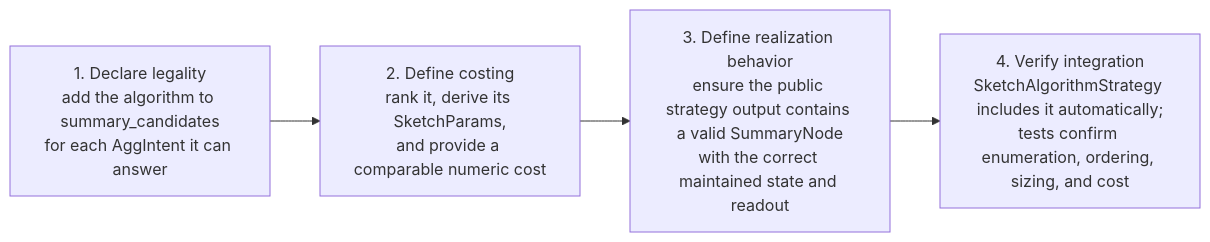
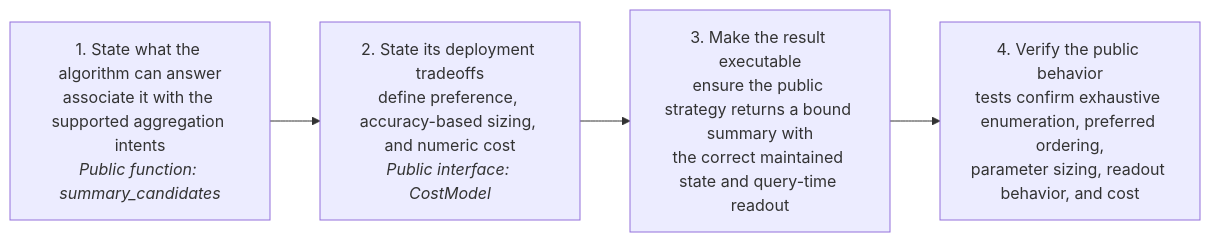
The sixth of 6 diagrams in docs/developer_docs/ASAP-aware-mapping-developer-guide.md (ProjectASAP/ASAPPlanner), drawn with Mermaid before and after one commit. The commit also changed other lines of this file, not shown here.

Commit message:
docs(asap-aware-mapping): make flowcharts public and conceptual

````diff
--- a/docs/developer_docs/ASAP-aware-mapping-developer-guide.md
+++ b/docs/developer_docs/ASAP-aware-mapping-developer-guide.md
@@ -1220,7 +1214,7 @@
 ```mermaid
 flowchart LR
-  MAP["1. Declare legality<br/>add the algorithm to summary_candidates<br/>for each AggIntent it can answer"]
-  MAP --> MODEL["2. Define costing<br/>rank it, derive its SketchParams,<br/>and provide a comparable numeric cost"]
-  MODEL --> BUILD["3. Define realization behavior<br/>ensure the public strategy output contains a valid SummaryNode<br/>with the correct maintained state and readout"]
-  BUILD --> ENUM["4. Verify integration<br/>SketchAlgorithmStrategy includes it automatically;<br/>tests confirm enumeration, ordering, sizing, and cost"]
+  MAP["1. State what the algorithm can answer<br/>associate it with the supported aggregation intents<br/><i>Public function: summary_candidates</i>"]
+  MAP --> MODEL["2. State its deployment tradeoffs<br/>define preference, accuracy-based sizing, and numeric cost<br/><i>Public interface: CostModel</i>"]
+  MODEL --> BUILD["3. Make the result executable<br/>ensure the public strategy returns a bound summary with<br/>the correct maintained state and query-time readout"]
+  BUILD --> ENUM["4. Verify the public behavior<br/>tests confirm exhaustive enumeration, preferred ordering,<br/>parameter sizing, readout behavior, and cost"]
 ```
````
